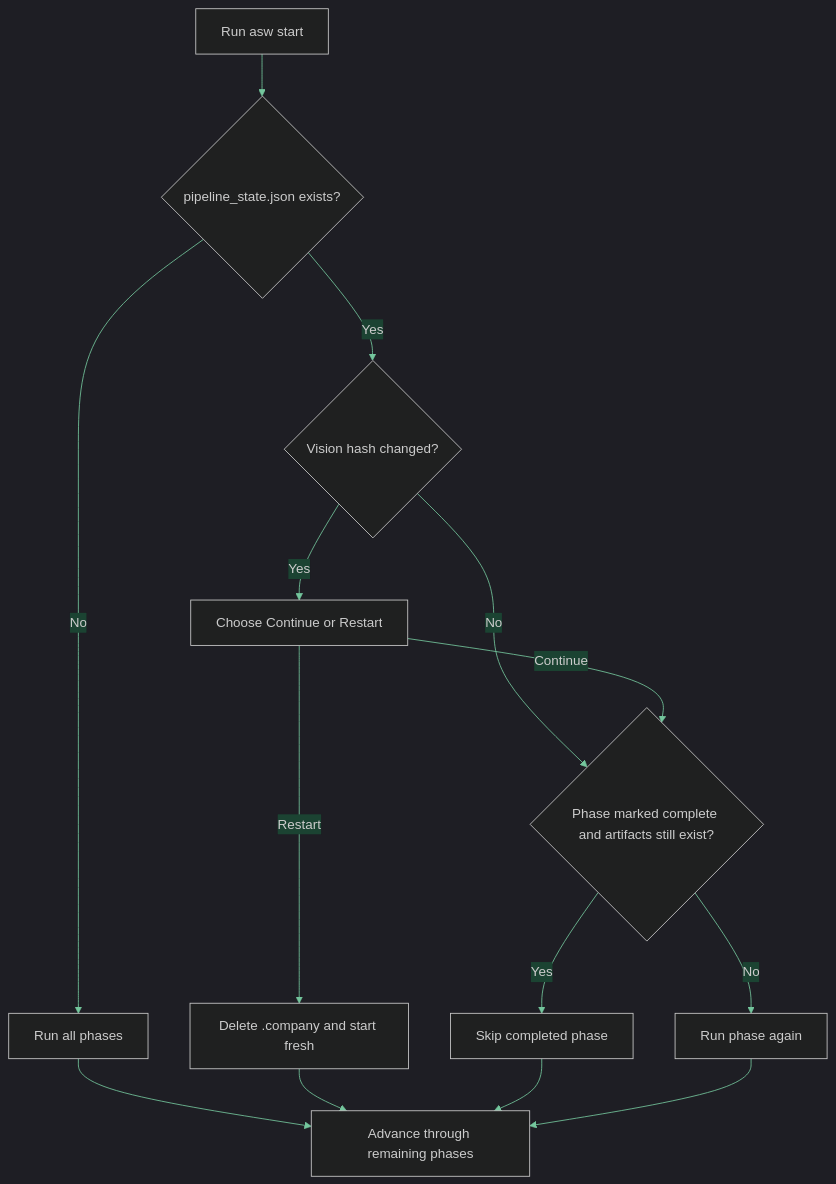
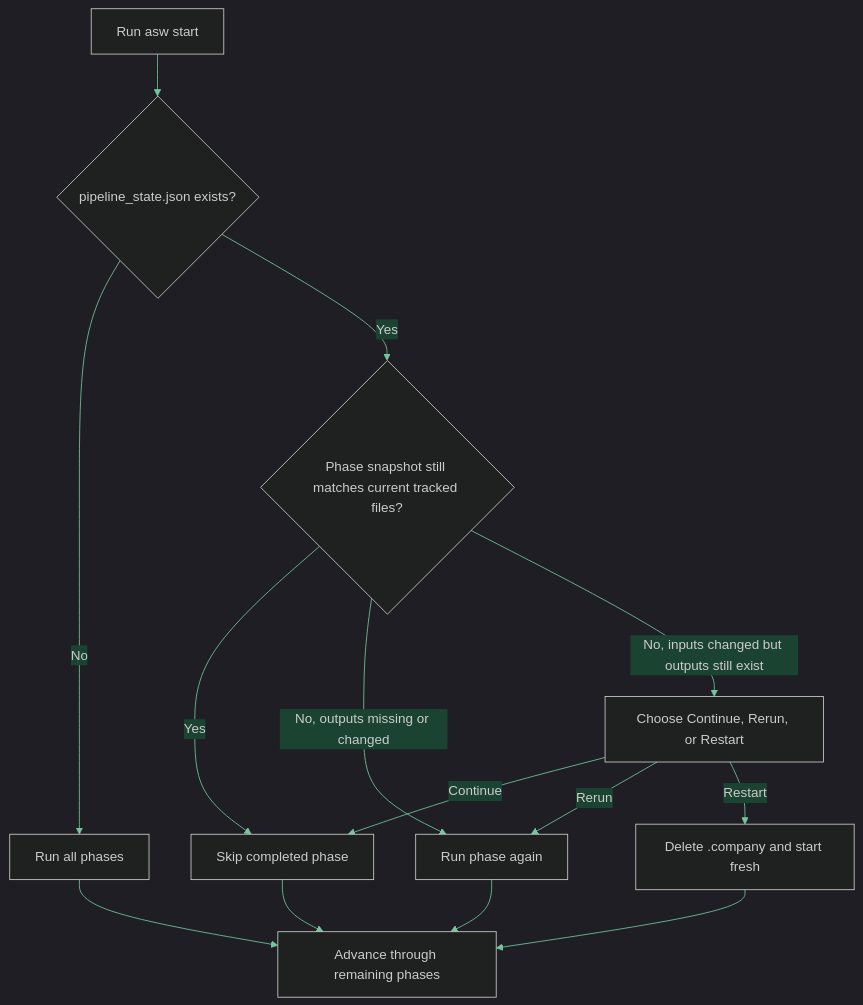
Before and after one commit to Shapedsundew9/asw: the diagram in docs/user/reference/runs-and-state.md, drawn with Mermaid. The commit also changed other lines of this file and 17 other files, not shown here.

````diff
--- a/docs/user/reference/runs-and-state.md
+++ b/docs/user/reference/runs-and-state.md
@@ -26,17 +26,17 @@
 ```mermaid
 %%{init: {'theme': 'dark', 'themeVariables': {'primaryColor': '#2d6a4f', 'primaryTextColor': '#d8f3dc', 'primaryBorderColor': '#52b788', 'lineColor': '#74c69d', 'secondaryColor': '#1b4332', 'tertiaryColor': '#40916c', 'edgeLabelBackground': '#1b4332'}}}%%
 flowchart TD
     A[Run asw start] --> B{pipeline_state.json exists?}
     B -- No --> C[Run all phases]
-    B -- Yes --> D{Vision hash changed?}
-    D -- Yes --> E[Choose Continue or Restart]
-    D -- No --> F{Phase marked complete and artifacts still exist?}
-    E -- Continue --> F
-    E -- Restart --> G[Delete .company and start fresh]
-    F -- Yes --> H[Skip completed phase]
-    F -- No --> I[Run phase again]
+  B -- Yes --> D{Phase snapshot still matches current tracked files?}
+  D -- Yes --> E[Skip completed phase]
+  D -- No, outputs missing or changed --> F[Run phase again]
+  D -- No, inputs changed but outputs still exist --> G[Choose Continue, Rerun, or Restart]
+  G -- Continue --> E
+  G -- Rerun --> F
+  G -- Restart --> H[Delete .company and start fresh]
     C --> J[Advance through remaining phases]
-    G --> J
-    H --> J
-    I --> J
+  H --> J
+  E --> J
+  F --> J
 ```
````
